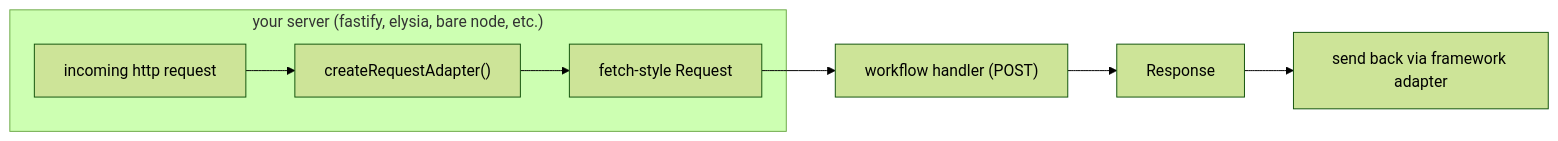
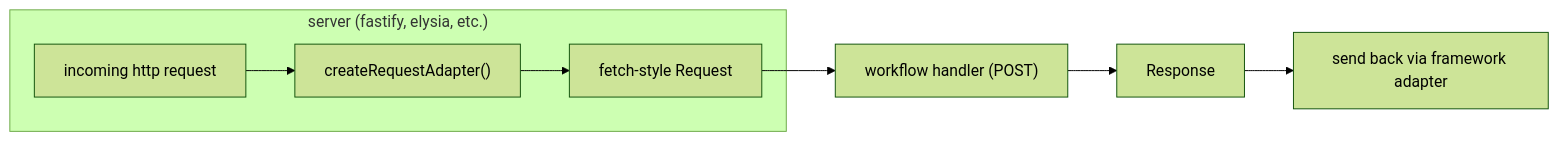
One commit to eersnington/workflow-cloudflare-world changed the first of 2 diagrams in packages/standalone/README.md. Above: the diagram before and after it, drawn with Mermaid (forest theme).

Commit message:
mermaid chart fix

````diff
--- a/packages/standalone/README.md
+++ b/packages/standalone/README.md
@@ -23,10 +23,10 @@
 ```mermaid
 flowchart LR
-  subgraph host["your server (fastify, elysia, bare node, etc.)"]
+  subgraph host["server (fastify, elysia, etc.)"]
     A["incoming http request"] --> B["createRequestAdapter()"];
     B --> C["fetch-style Request"];
   end
   C --> D["workflow handler (POST)"];
   D --> E["Response"];
   E --> F["send back via framework adapter"];
 ```
````
